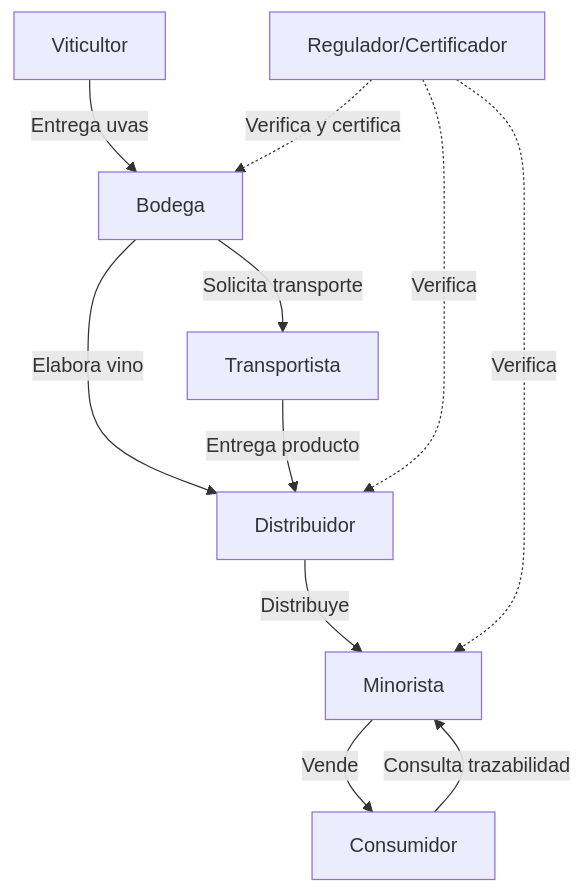
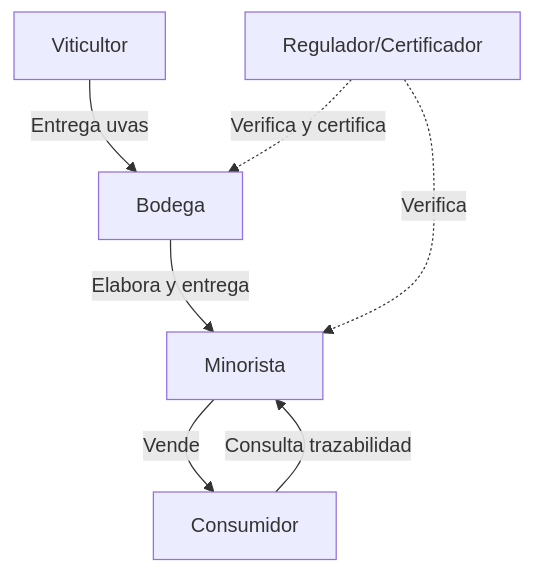
Before and after one commit to jsecchi88/pfm-traza-hlf-2025: the diagram in README.md, drawn with Mermaid. The commit also changed other lines of this file and 5 other files, not shown here.

Commit message:
Eliminados contratos de Distribuidor y Transportista, y actualizados los contratos de Viticultor y el index del chaincode

````diff
--- a/README.md
+++ b/README.md
@@ -9,13 +9,9 @@
 ```mermaid
 graph TD
     A[Viticultor] -->|Entrega uvas| B[Bodega]
-    B -->|Elabora vino| C[Distribuidor]
-    C -->|Distribuye| D[Minorista]
+    B -->|Elabora y entrega| D[Minorista]
     D -->|Vende| E[Consumidor]
-    B -->|Solicita transporte| F[Transportista]
-    F -->|Entrega producto| C
     G[Regulador/Certificador] -.->|Verifica y certifica| B
-    G -.->|Verifica| C
     G -.->|Verifica| D
     E -->|Consulta trazabilidad| D
 ```
````
